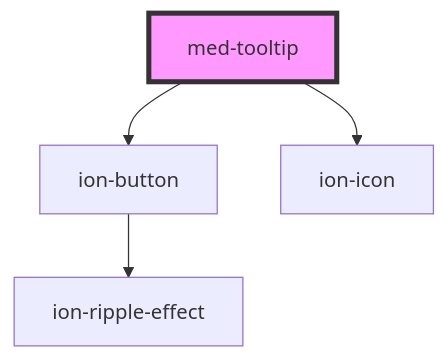
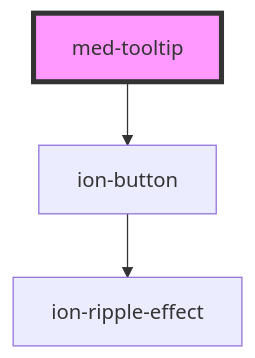
One commit to MEDGRUPOGIT/ionic-framework-1 changed the diagram in core/src/components/00-autoral/global/med-tooltip/readme.md. Above: the diagram before and after it, drawn with Mermaid. The commit also changed other lines of this file and 23 other files, not shown here.

````diff
--- a/core/src/components/00-autoral/global/med-tooltip/readme.md
+++ b/core/src/components/00-autoral/global/med-tooltip/readme.md
@@ -26,7 +47,6 @@
 ```mermaid
 graph TD;
   med-tooltip --> ion-button
-  med-tooltip --> ion-icon
   ion-button --> ion-ripple-effect
   style med-tooltip fill:#f9f,stroke:#333,stroke-width:4px
 ```
````
